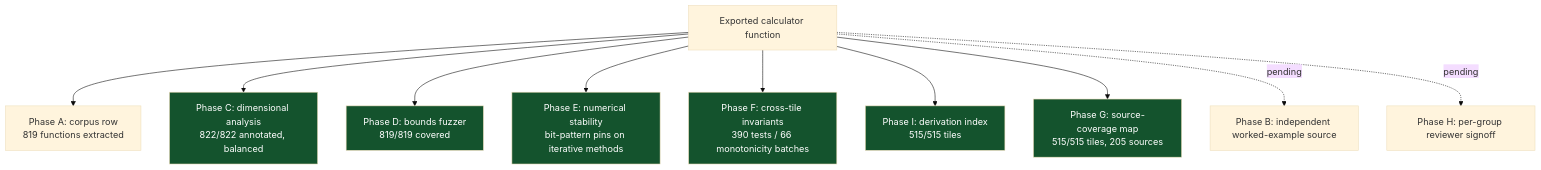
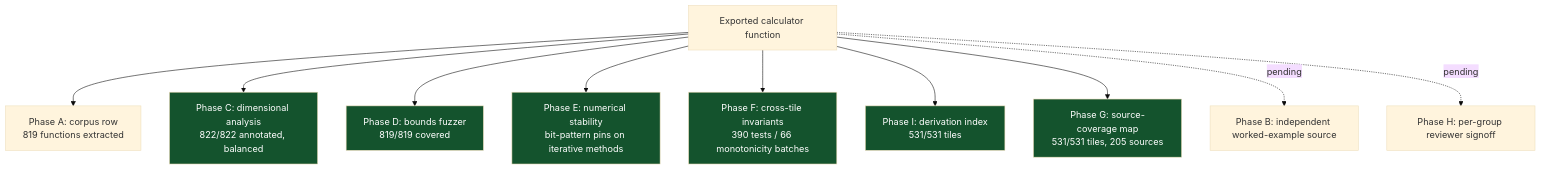
The fourth of 6 diagrams in README.md (clay-good/roughlogic.com), drawn with Mermaid (base theme) before and after one commit. The commit also changed other lines of this file and 20 other files, not shown here.

````diff
--- a/README.md
+++ b/README.md
@@ -234,18 +257,18 @@
 ```mermaid
 flowchart TB
     F[Exported calculator function] --> A[Phase A: corpus row\n819 functions extracted]
     F --> C[Phase C: dimensional analysis\n822/822 annotated, balanced]
     F --> D[Phase D: bounds fuzzer\n819/819 covered]
     F --> E[Phase E: numerical stability\nbit-pattern pins on iterative methods]
     F --> Fa[Phase F: cross-tile invariants\n390 tests / 66 monotonicity batches]
-    F --> I[Phase I: derivation index\n515/515 tiles]
-    F --> G[Phase G: source-coverage map\n515/515 tiles, 205 sources]
+    F --> I[Phase I: derivation index\n531/531 tiles]
+    F --> G[Phase G: source-coverage map\n531/531 tiles, 205 sources]
     F -.pending.-> B[Phase B: independent worked-example source]
     F -.pending.-> H[Phase H: per-group reviewer signoff]
     style C fill:#14532d,color:#fff
     style D fill:#14532d,color:#fff
     style E fill:#14532d,color:#fff
     style Fa fill:#14532d,color:#fff
     style G fill:#14532d,color:#fff
     style I fill:#14532d,color:#fff
 ```
````
